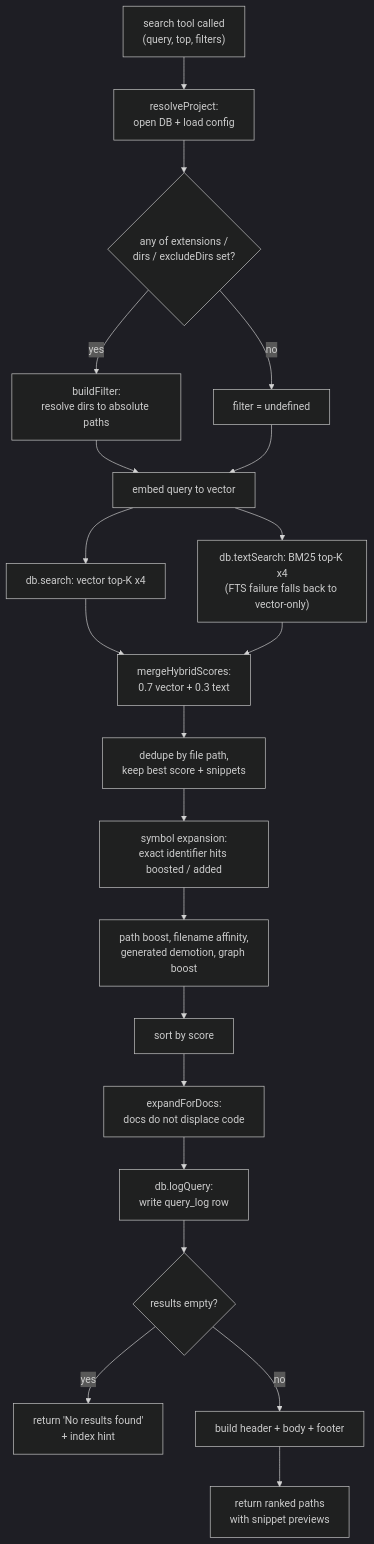
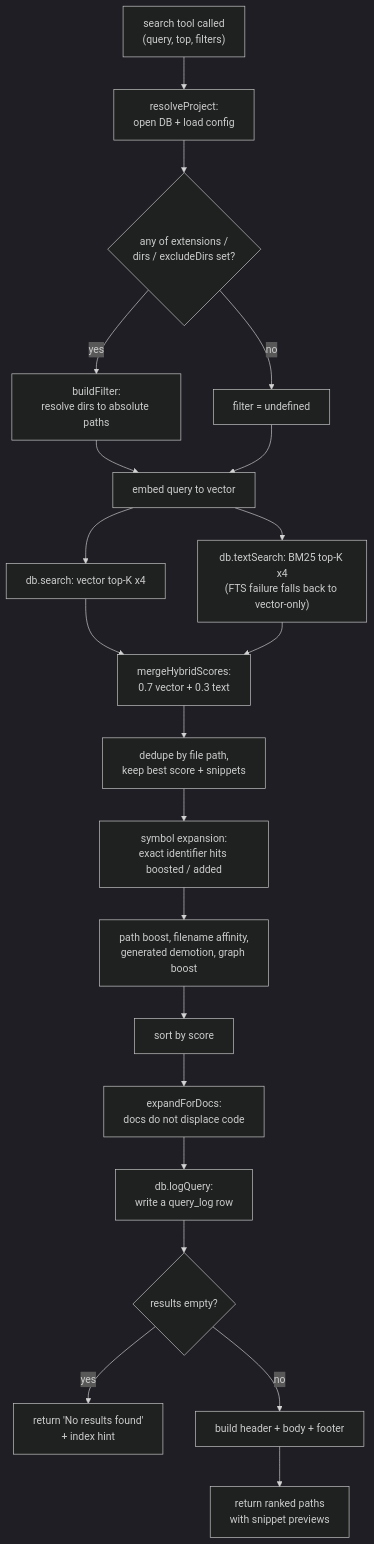
One commit to TheWinci/mimirs changed the diagram in wiki/tools/search.md. Above: the diagram before and after it, drawn with Mermaid (dark theme). The commit also changed other lines of this file and 55 other files, not shown here.

````diff
--- a/wiki/tools/search.md
+++ b/wiki/tools/search.md
@@ -35,23 +35,23 @@
 ```mermaid
 flowchart TD
     Start["search tool called<br>(query, top, filters)"] --> Resolve["resolveProject:<br>open DB + load config"]
     Resolve --> Filter{"any of extensions /<br>dirs / excludeDirs set?"}
     Filter -- yes --> BuildFilter["buildFilter:<br>resolve dirs to absolute paths"]
     Filter -- no --> NoFilter["filter = undefined"]
     BuildFilter --> Embed
     NoFilter --> Embed["embed query to vector"]
     Embed --> Vec["db.search: vector top-K x4"]
     Embed --> Txt["db.textSearch: BM25 top-K x4<br>(FTS failure falls back to vector-only)"]
     Vec --> Merge["mergeHybridScores:<br>0.7 vector + 0.3 text"]
     Txt --> Merge
     Merge --> Dedup["dedupe by file path,<br>keep best score + snippets"]
     Dedup --> Sym["symbol expansion:<br>exact identifier hits boosted / added"]
     Sym --> Boost["path boost, filename affinity,<br>generated demotion, graph boost"]
     Boost --> Sort["sort by score"]
     Sort --> Docs["expandForDocs:<br>docs do not displace code"]
-    Docs --> Log["db.logQuery:<br>write query_log row"]
+    Docs --> Log["db.logQuery:<br>write a query_log row"]
     Log --> Empty{"results empty?"}
     Empty -- yes --> NoRes["return 'No results found'<br>+ index hint"]
     Empty -- no --> Format["build header + body + footer"]
     Format --> Return["return ranked paths<br>with snippet previews"]
 ```
````
